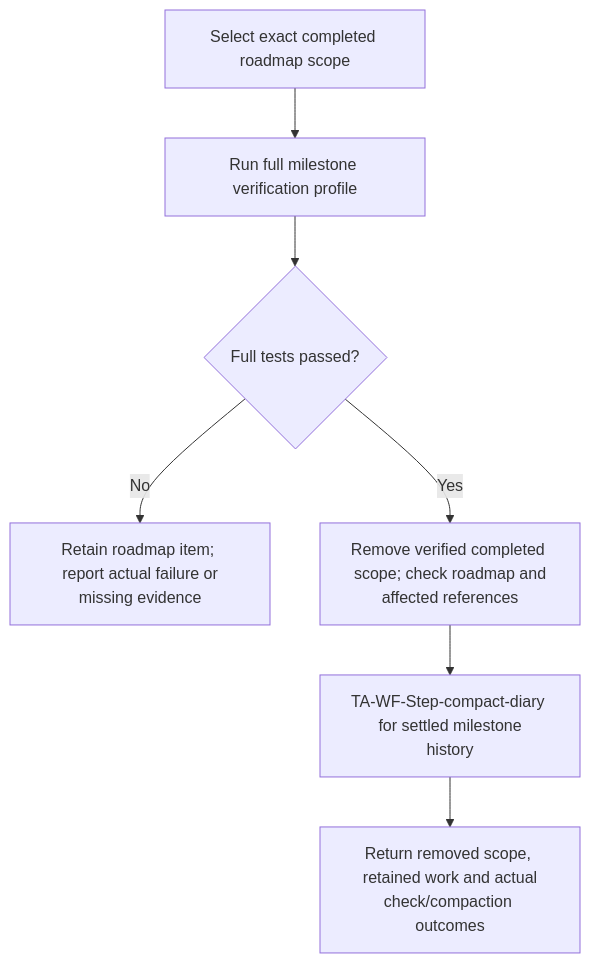
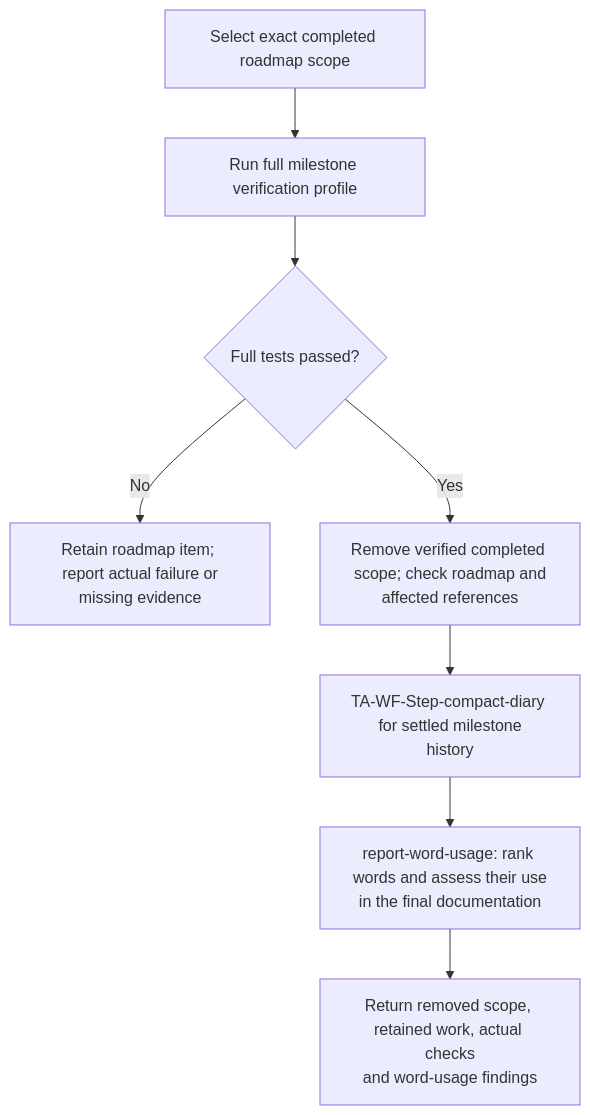
Before and after one commit to tomek-anuszkiewicz/amiga-studio: the eighth of 10 diagrams in .agents/skills/README.md, drawn with Mermaid. The commit also changed other lines of this file and 11 other files, not shown here.

First line of the commit message:
feat(workflow): report word usage at milestones

````diff
--- a/.agents/skills/README.md
+++ b/.agents/skills/README.md
@@ -205,9 +205,10 @@
 ```mermaid
 flowchart TD
     Scope["Select exact completed roadmap scope"] --> Tests["Run full milestone verification profile"]
     Tests --> Passed{"Full tests passed?"}
     Passed -->|No| Keep["Retain roadmap item; report actual failure or<br/>missing evidence"]
     Passed -->|Yes| Remove["Remove verified completed scope; check roadmap and<br/>affected references"]
     Remove --> Diary["TA-WF-Step-compact-diary for settled milestone<br/>history"]
-    Diary --> Result["Return removed scope, retained work and actual<br/>check/compaction outcomes"]
+    Diary --> Words["report-word-usage: rank words and assess their use<br/>in the final documentation"]
+    Words --> Result["Return removed scope, retained work, actual checks<br/>and word-usage findings"]
 ```
````
